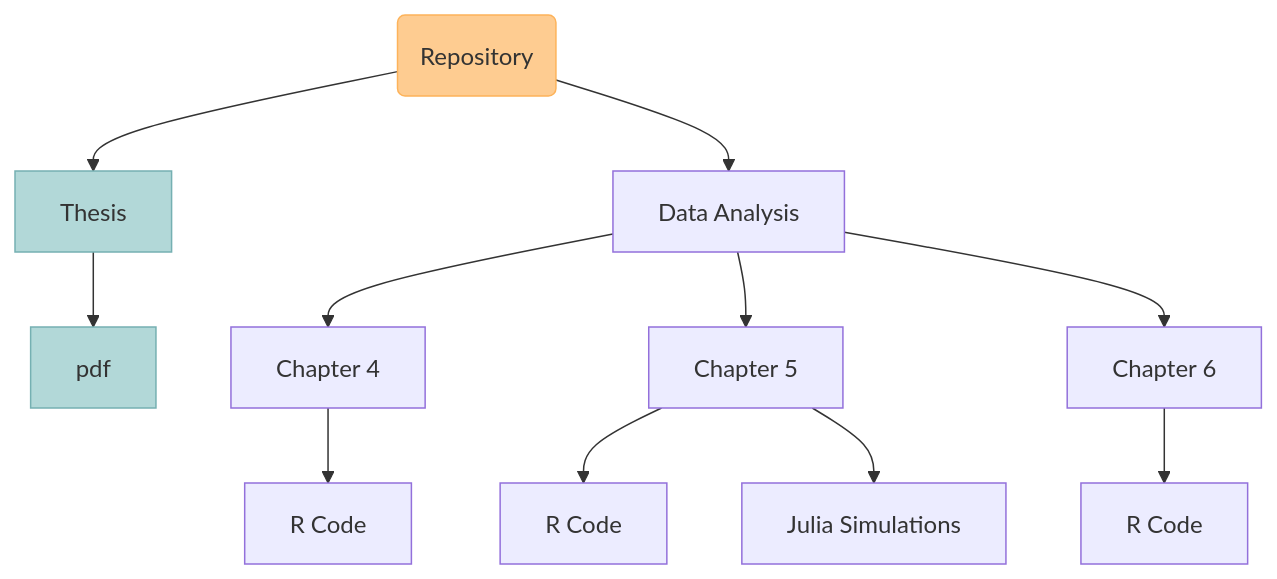
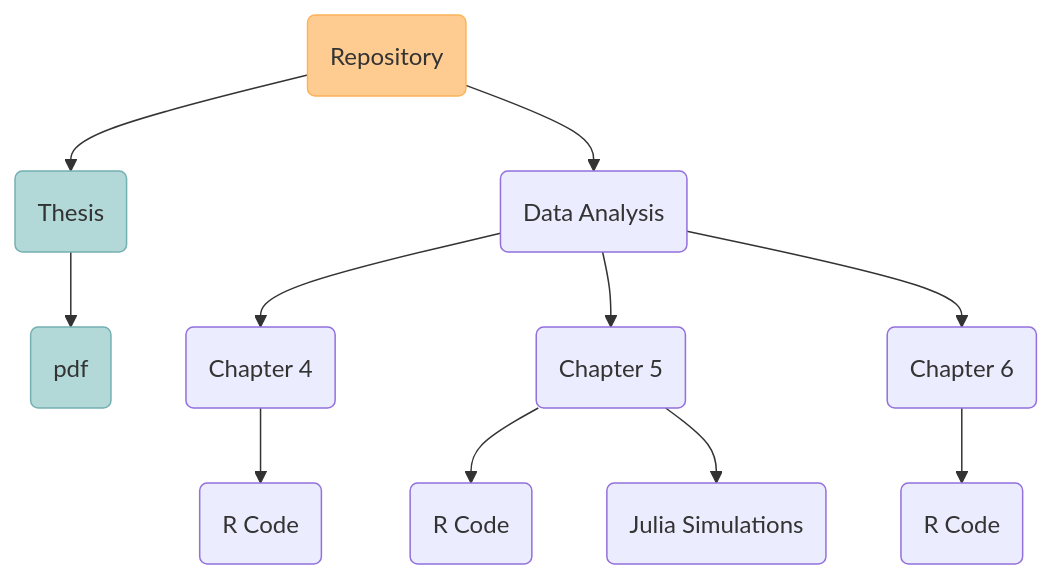
Before and after one commit to Raquel-Montero/PhDThesis: the diagram in README.md, drawn with Mermaid.

````diff
--- a/README.md
+++ b/README.md
@@ -6,17 +6,17 @@
 ```mermaid
 graph TD;
-    A(Repository) -->B[Thesis];
-    B[Thesis] -->B1[pdf];
-    A(Repository)-->C[Data Analysis];
-    C[Data Analysis] --> D[Chapter 4];
-    D[Chapter 4] --> D1[R Code];
-    C[Data Analysis] --> E[Chapter 5];
-    E[Chapter 5] --> E1[R Code];
-    E[Chapter 5] --> E2[Julia Simulations];
-    C[Data Analysis] --> F[Chapter 6];
-    F[Chapter 6] --> F1[R Code];
+    A(Repository) -->B(Thesis);
+    B(Thesis) -->B1(pdf);
+    A(Repository)-->C(Data Analysis);
+    C(Data Analysis) --> D(Chapter 4);
+    D(Chapter 4) --> D1(R Code);
+    C(Data Analysis) --> E(Chapter 5);
+    E(Chapter 5) --> E1(R Code);
+    E(Chapter 5) --> E2(Julia Simulations);
+    C(Data Analysis) --> F(Chapter 6);
+    F(Chapter 6) --> F1(R Code);
 
 style A fill:#fecc91, stroke:#fdb35a 
 style B fill:#b2d8d8, stroke:#75b0b2
 style B1 fill:#b2d8d8, stroke:#75b0b2
 ```
````
